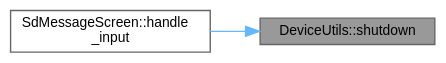
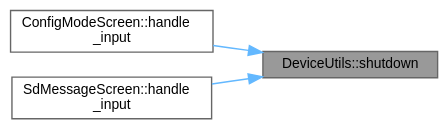
The diagram in designs/graphs/docbook/class_device_utils_af32ea5953b8187c07a39ff8b2247a216_icgraph.dot (Safecast/bGeigieZen), drawn with Graphviz before and after one commit. The commit also changed 5299 other files, not shown here.

```diff
--- a/designs/graphs/docbook/class_device_utils_af32ea5953b8187c07a39ff8b2247a216_icgraph.dot
+++ b/designs/graphs/docbook/class_device_utils_af32ea5953b8187c07a39ff8b2247a216_icgraph.dot
@@ -1,11 +1,13 @@
 digraph "DeviceUtils::shutdown"
 {
  // LATEX_PDF_SIZE
   bgcolor="transparent";
   edge [fontname=Helvetica,fontsize=10,labelfontname=Helvetica,labelfontsize=10];
   node [fontname=Helvetica,fontsize=10,shape=box,height=0.2,width=0.4];
   rankdir="RL";
   Node1 [id="Node000001",label="DeviceUtils::shutdown",height=0.2,width=0.4,color="gray40", fillcolor="grey60", style="filled", fontcolor="black",tooltip=" "];
-  Node1 -> Node2 [id="edge2_Node000001_Node000002",dir="back",color="steelblue1",style="solid",tooltip=" "];
-  Node2 [id="Node000002",label="SdMessageScreen::handle\l_input",height=0.2,width=0.4,color="grey40", fillcolor="white", style="filled",URL="$class_sd_message_screen.html#aa6f1495614e3c8a88dfe30920fcd5b8d",tooltip=" "];
+  Node1 -> Node2 [id="edge3_Node000001_Node000002",dir="back",color="steelblue1",style="solid",tooltip=" "];
+  Node2 [id="Node000002",label="ConfigModeScreen::handle\l_input",height=0.2,width=0.4,color="grey40", fillcolor="white", style="filled",URL="$class_config_mode_screen.html#a7fcba3bb1764bd72b76c1f80f1f6a762",tooltip=" "];
+  Node1 -> Node3 [id="edge4_Node000001_Node000003",dir="back",color="steelblue1",style="solid",tooltip=" "];
+  Node3 [id="Node000003",label="SdMessageScreen::handle\l_input",height=0.2,width=0.4,color="grey40", fillcolor="white", style="filled",URL="$class_sd_message_screen.html#aa6f1495614e3c8a88dfe30920fcd5b8d",tooltip=" "];
 }
```
